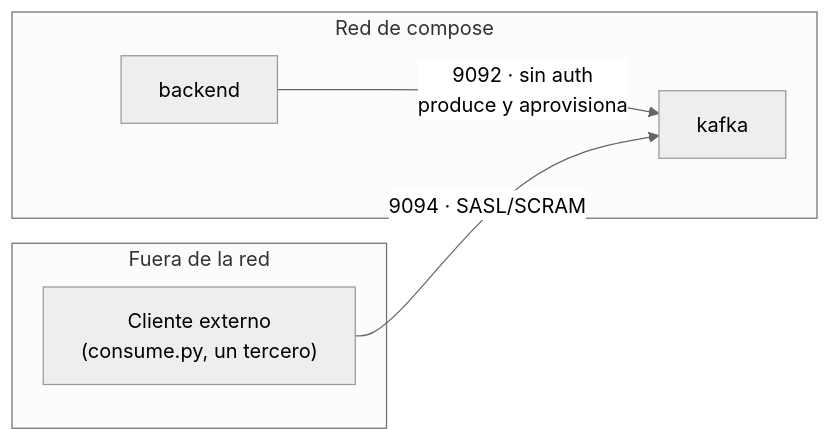
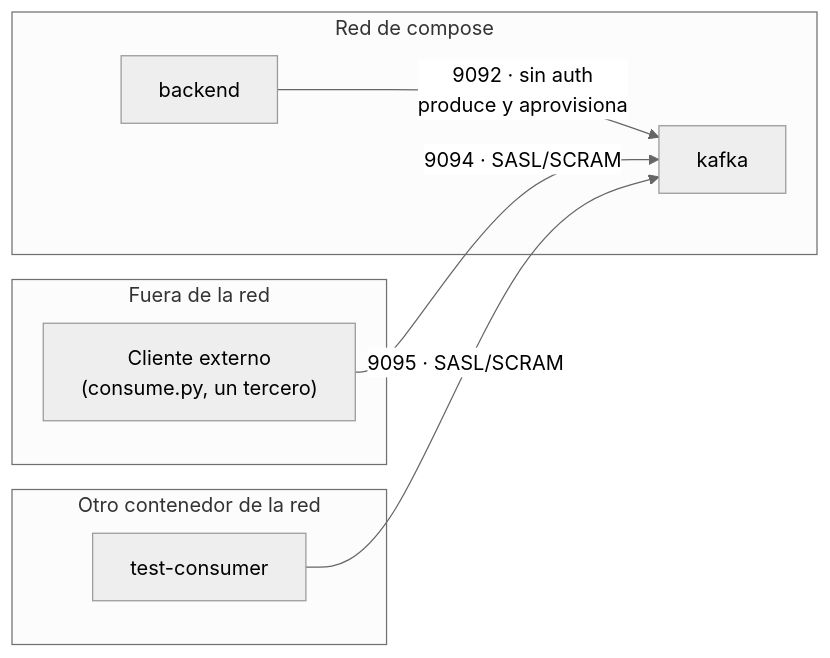
The first of 2 diagrams in docs/content/eventos/autenticacion.md (MDCIrony/leads-hexa), drawn with Mermaid (neutral theme) before and after one commit. The commit also changed other lines of this file and 2 other files, not shown here.

First line of the commit message:
fix(kafka): keep the broker's log where the volume actually is

````diff
--- a/docs/content/eventos/autenticacion.md
+++ b/docs/content/eventos/autenticacion.md
@@ -25,9 +32,12 @@
 ```mermaid
 flowchart LR
     subgraph interna["Red de compose"]
         Backend["backend"] -->|"9092 · sin auth<br/>produce y aprovisiona"| Kafka["kafka"]
     end
     subgraph externa["Fuera de la red"]
         Cliente["Cliente externo<br/>(consume.py, un tercero)"] -->|"9094 · SASL/SCRAM"| Kafka
     end
+    subgraph interna2["Otro contenedor de la red"]
+        Bandeja["test-consumer"] -->|"9095 · SASL/SCRAM"| Kafka
+    end
 ```
````
